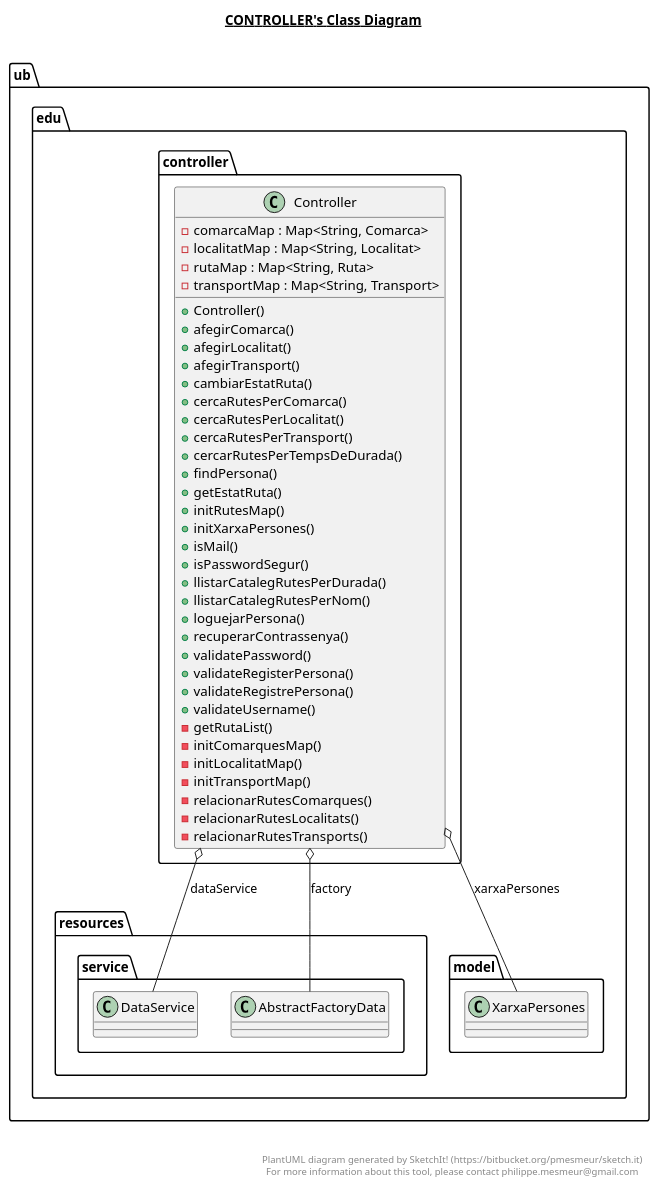
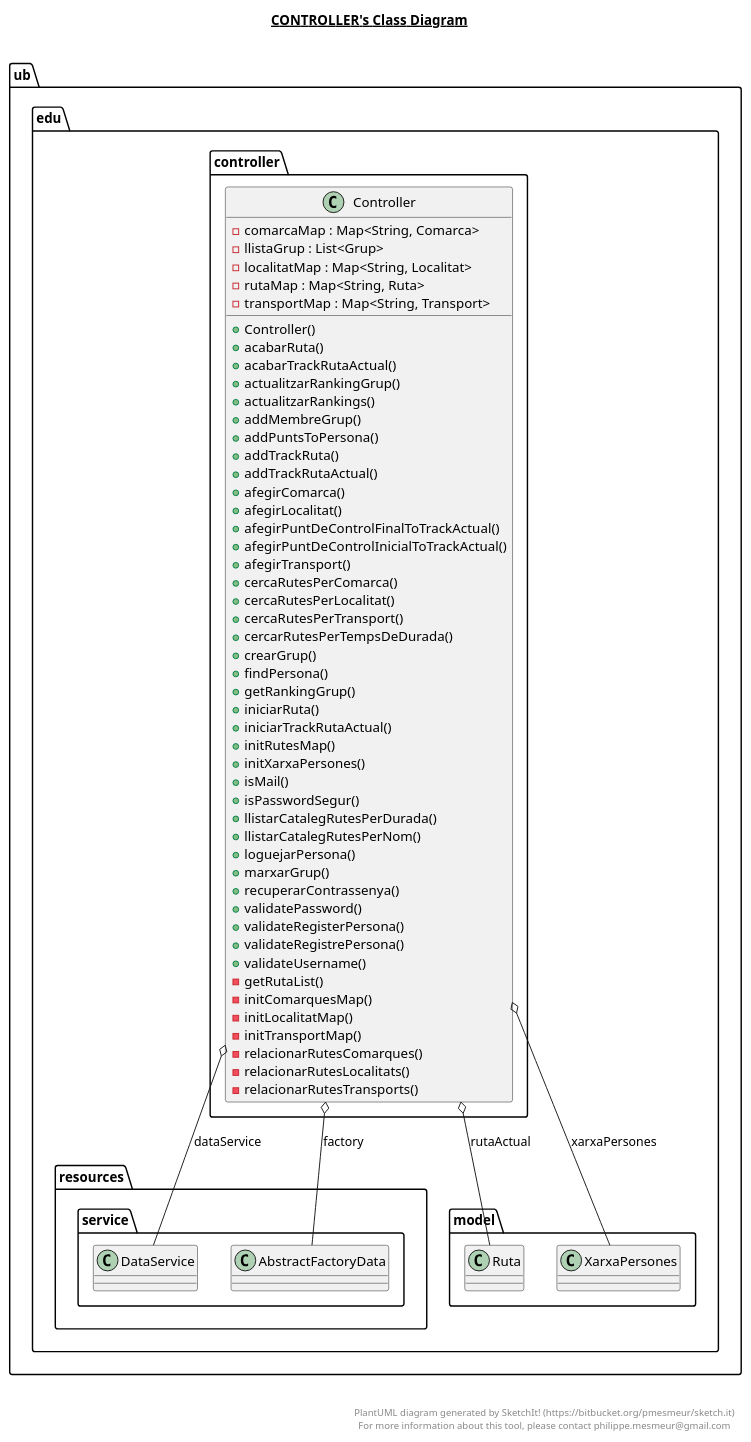
The diagram in src/ub/edu/controller/controller.plantuml (Samot2003/p3-tripu-dao-a12_reava), drawn with PlantUML before and after one commit. The commit also changed 38 other files, not shown here.

Commit message:
He implementat i testejat el test del cas d'us 14: Calcular Ranking Grup

```diff
--- a/src/ub/edu/controller/controller.plantuml
+++ b/src/ub/edu/controller/controller.plantuml
@@ -1,57 +1,72 @@
 @startuml
 
 title __CONTROLLER's Class Diagram__\n
 
   namespace ub.edu.controller {
     class ub.edu.controller.Controller {
         - comarcaMap : Map<String, Comarca>
+        - llistaGrup : List<Grup>
         - localitatMap : Map<String, Localitat>
         - rutaMap : Map<String, Ruta>
         - transportMap : Map<String, Transport>
         + Controller()
+        + acabarRuta()
+        + acabarTrackRutaActual()
+        + actualitzarRankingGrup()
+        + actualitzarRankings()
+        + addMembreGrup()
+        + addPuntsToPersona()
+        + addTrackRuta()
+        + addTrackRutaActual()
         + afegirComarca()
         + afegirLocalitat()
+        + afegirPuntDeControlFinalToTrackActual()
+        + afegirPuntDeControlInicialToTrackActual()
         + afegirTransport()
-        + cambiarEstatRuta()
         + cercaRutesPerComarca()
         + cercaRutesPerLocalitat()
         + cercaRutesPerTransport()
         + cercarRutesPerTempsDeDurada()
+        + crearGrup()
         + findPersona()
-        + getEstatRuta()
+        + getRankingGrup()
+        + iniciarRuta()
+        + iniciarTrackRutaActual()
         + initRutesMap()
         + initXarxaPersones()
         + isMail()
         + isPasswordSegur()
         + llistarCatalegRutesPerDurada()
         + llistarCatalegRutesPerNom()
         + loguejarPersona()
+        + marxarGrup()
         + recuperarContrassenya()
         + validatePassword()
         + validateRegisterPersona()
         + validateRegistrePersona()
         + validateUsername()
         - getRutaList()
         - initComarquesMap()
         - initLocalitatMap()
         - initTransportMap()
         - relacionarRutesComarques()
         - relacionarRutesLocalitats()
         - relacionarRutesTransports()
     }
   }
   
 
   ub.edu.controller.Controller o-- ub.edu.resources.service.DataService : dataService
   ub.edu.controller.Controller o-- ub.edu.resources.service.AbstractFactoryData : factory
+  ub.edu.controller.Controller o-- ub.edu.model.Ruta : rutaActual
   ub.edu.controller.Controller o-- ub.edu.model.XarxaPersones : xarxaPersones
 
 
 right footer
 
 
 PlantUML diagram generated by SketchIt! (https://bitbucket.org/pmesmeur/sketch.it)
 For more information about this tool, please contact philippe.mesmeur@gmail.com
 endfooter
 
 @enduml
```
